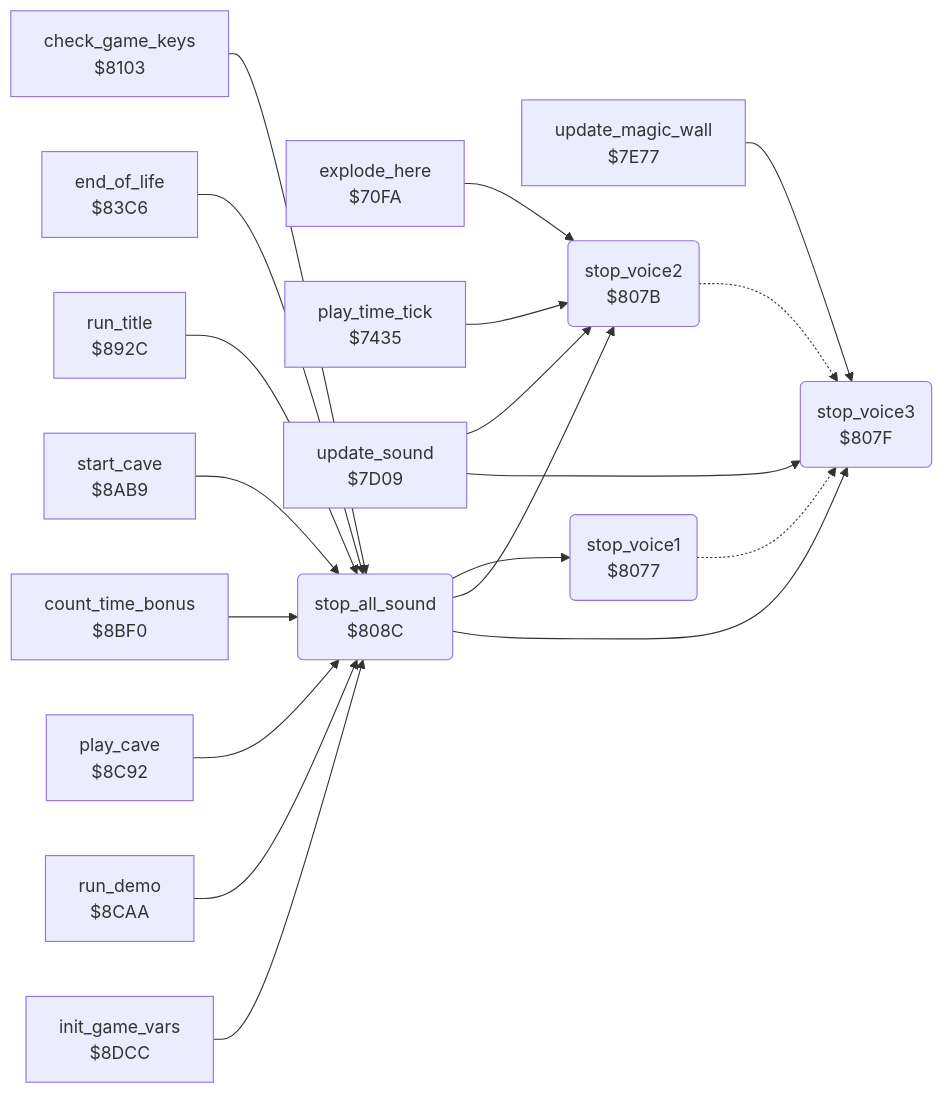
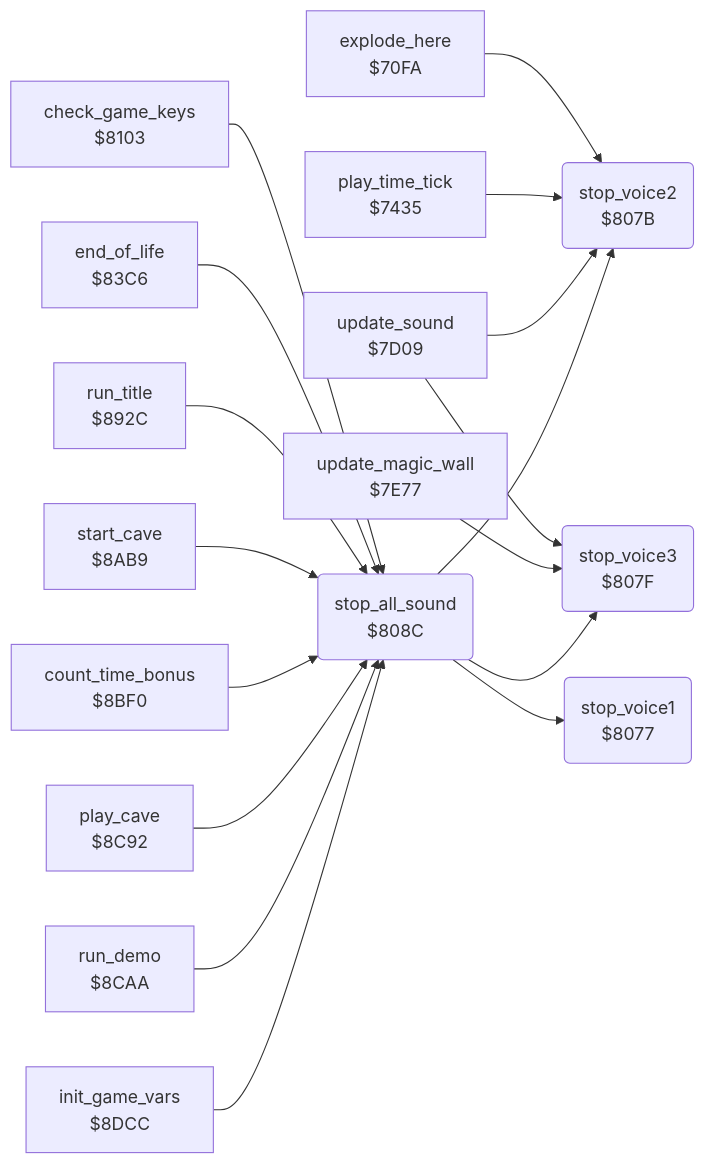
The diagram in boulder_dash/v2/docs/reference/modules/sound/voices_off.md (henols/c64_games), drawn with Mermaid before and after one commit. The commit also changed other lines of this file and 1100 other files, not shown here.

````diff
--- a/boulder_dash/v2/docs/reference/modules/sound/voices_off.md
+++ b/boulder_dash/v2/docs/reference/modules/sound/voices_off.md
@@ -10,37 +19,35 @@
 ```mermaid
 flowchart LR
   n70fa["explode_here<br/>$70FA"]
   n7435["play_time_tick<br/>$7435"]
   n7d09["update_sound<br/>$7D09"]
   n7e77["update_magic_wall<br/>$7E77"]
   n8077("stop_voice1<br/>$8077")
   n807b("stop_voice2<br/>$807B")
   n807f("stop_voice3<br/>$807F")
   n808c("stop_all_sound<br/>$808C")
   n8103["check_game_keys<br/>$8103"]
   n83c6["end_of_life<br/>$83C6"]
   n892c["run_title<br/>$892C"]
   n8ab9["start_cave<br/>$8AB9"]
   n8bf0["count_time_bonus<br/>$8BF0"]
   n8c92["play_cave<br/>$8C92"]
   n8caa["run_demo<br/>$8CAA"]
   n8dcc["init_game_vars<br/>$8DCC"]
   n70fa --> n807b
   n7435 --> n807b
   n7d09 --> n807b
   n7d09 --> n807f
   n7e77 --> n807f
-  n8077 -.-> n807f
-  n807b -.-> n807f
   n808c --> n8077
   n808c --> n807b
   n808c --> n807f
   n8103 --> n808c
   n83c6 --> n808c
   n892c --> n808c
   n8ab9 --> n808c
   n8bf0 --> n808c
   n8c92 --> n808c
   n8caa --> n808c
   n8dcc --> n808c
 ```
````
